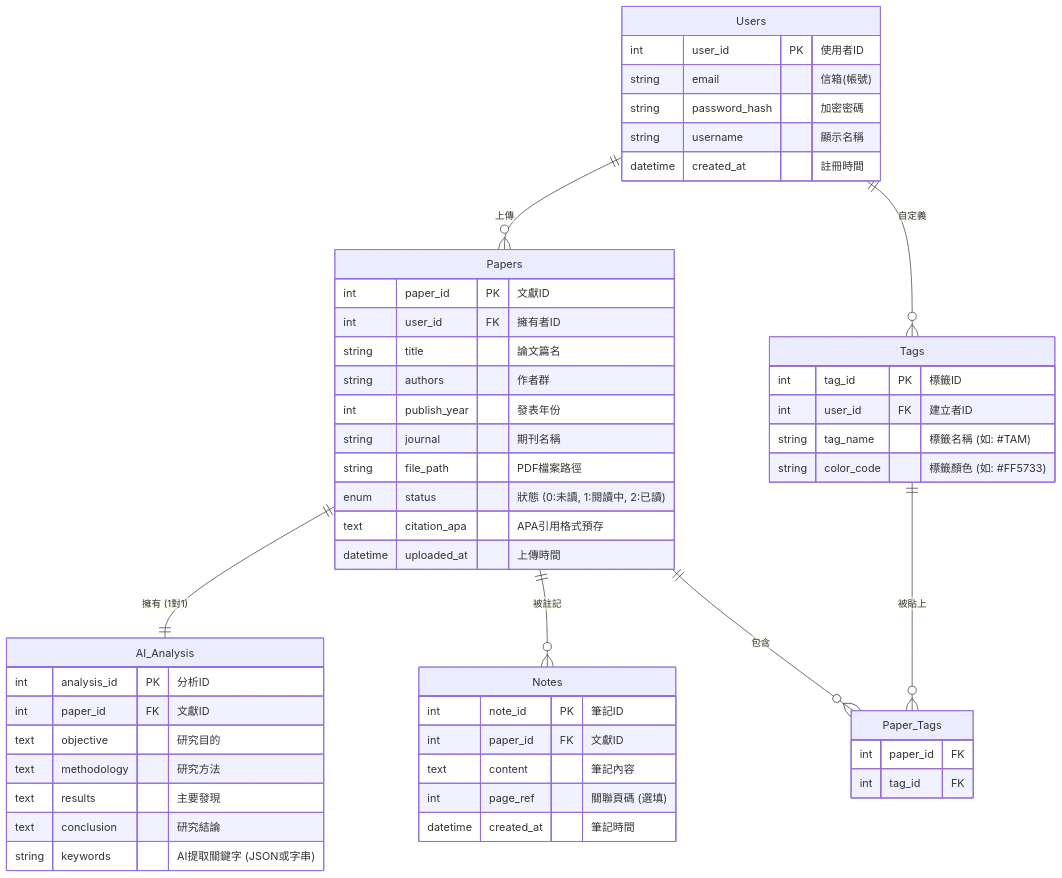
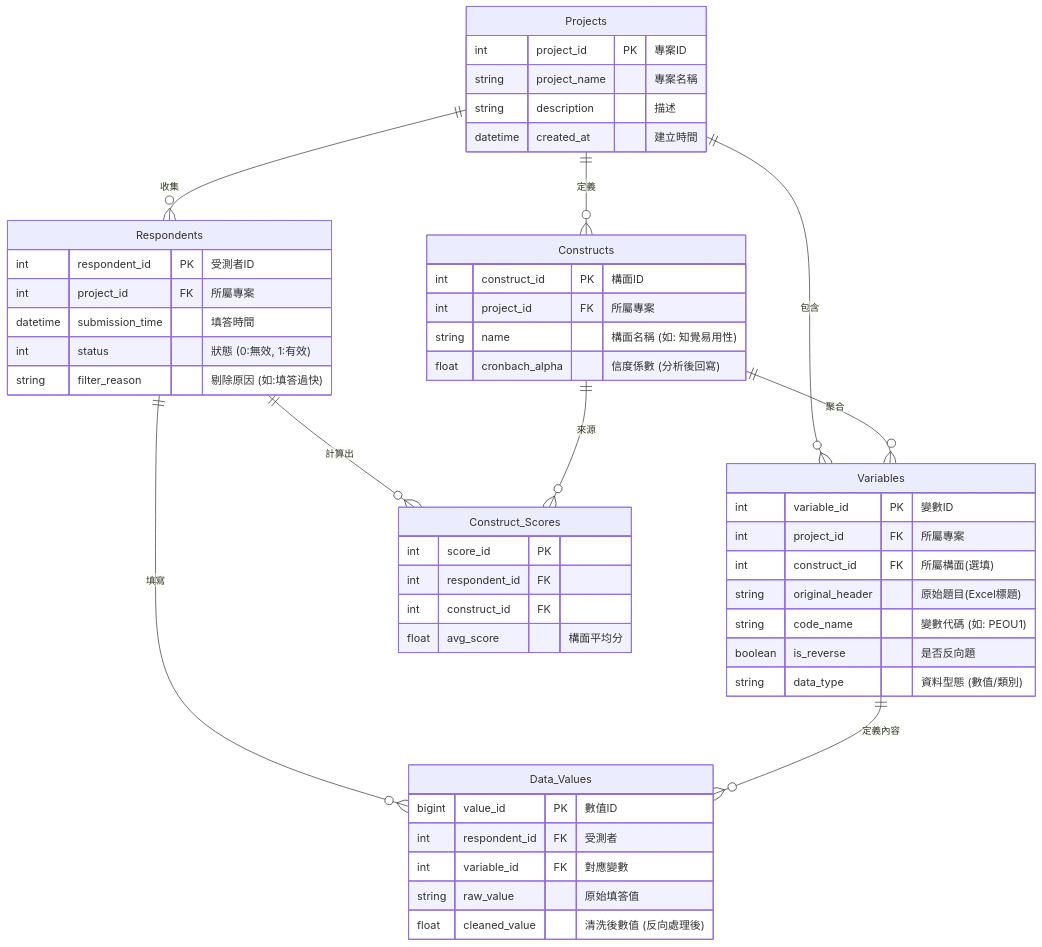
One commit to kai222592/114_Capstone-Project changed the diagram in hw7.md. Above: the diagram before and after it, drawn with Mermaid.

````diff
--- a/hw7.md
+++ b/hw7.md
@@ -3,70 +3,69 @@
 ```mermaid
 erDiagram
-    %% 使用者實體
-    Users {
-        int user_id PK "使用者ID"
-        string email "信箱(帳號)"
-        string password_hash "加密密碼"
-        string username "顯示名稱"
-        datetime created_at "註冊時間"
+    %% 專案管理
+    Projects {
+        int project_id PK "專案ID"
+        string project_name "專案名稱"
+        string description "描述"
+        datetime created_at "建立時間"
     }
 
-    %% 文獻實體 (核心表)
-    Papers {
-        int paper_id PK "文獻ID"
-        int user_id FK "擁有者ID"
-        string title "論文篇名"
-        string authors "作者群"
-        int publish_year "發表年份"
-        string journal "期刊名稱"
-        string file_path "PDF檔案路徑"
-        enum status "狀態 (0:未讀, 1:閱讀中, 2:已讀)"
-        text citation_apa "APA引用格式預存"
-        datetime uploaded_at "上傳時間"
+    %% 變數定義 (對應 Excel 的 Header)
+    Variables {
+        int variable_id PK "變數ID"
+        int project_id FK "所屬專案"
+        int construct_id FK "所屬構面(選填)"
+        string original_header "原始題目(Excel標題)"
+        string code_name "變數代碼 (如: PEOU1)"
+        boolean is_reverse "是否反向題"
+        string data_type "資料型態 (數值/類別)"
     }
 
-    %% AI 分析結果 (將摘要結構化儲存)
-    AI_Analysis {
-        int analysis_id PK "分析ID"
-        int paper_id FK "文獻ID"
-        text objective "研究目的"
-        text methodology "研究方法"
-        text results "主要發現"
-        text conclusion "研究結論"
-        string keywords "AI提取關鍵字 (JSON或字串)"
+    %% 構面定義 (用於信度分析與平均計算)
+    Constructs {
+        int construct_id PK "構面ID"
+        int project_id FK "所屬專案"
+        string name "構面名稱 (如: 知覺易用性)"
+        float cronbach_alpha "信度係數 (分析後回寫)"
     }
 
-    %% 標籤系統 (多對多關係)
-    Tags {
-        int tag_id PK "標籤ID"
-        int user_id FK "建立者ID"
-        string tag_name "標籤名稱 (如: #TAM)"
-        string color_code "標籤顏色 (如: #FF5733)"
+    %% 受測者 (代表 Excel 中的每一列 Row)
+    Respondents {
+        int respondent_id PK "受測者ID"
+        int project_id FK "所屬專案"
+        datetime submission_time "填答時間"
+        int status "狀態 (0:無效, 1:有效)"
+        string filter_reason "剔除原因 (如:填答過快)"
     }
 
-    %% 文獻與標籤的中介表
-    Paper_Tags {
-        int paper_id FK
-        int tag_id FK
+    %% 數據節點 (儲存每一個 Cell 的值)
+    Data_Values {
+        bigint value_id PK "數值ID"
+        int respondent_id FK "受測者"
+        int variable_id FK "對應變數"
+        string raw_value "原始填答值"
+        float cleaned_value "清洗後數值 (反向處理後)"
     }
 
-    %% 使用者筆記 (獨立表以支援多條筆記)
-    Notes {
-        int note_id PK "筆記ID"
-        int paper_id FK "文獻ID"
-        text content "筆記內容"
-        int page_ref "關聯頁碼 (選填)"
-        datetime created_at "筆記時間"
+    %% 構面分數快取 (加速報表顯示)
+    Construct_Scores {
+        int score_id PK
+        int respondent_id FK
+        int construct_id FK
+        float avg_score "構面平均分"
     }
 
     %% 關係定義
-    Users ||--o{ Papers : "上傳"
-    Users ||--o{ Tags : "自定義"
+    Projects ||--o{ Variables : "包含"
+    Projects ||--o{ Constructs : "定義"
+    Projects ||--o{ Respondents : "收集"
     
-    Papers ||--|| AI_Analysis : "擁有 (1對1)"
-    Papers ||--o{ Notes : "被註記"
-    Papers ||--o{ Paper_Tags : "包含"
+    Constructs ||--o{ Variables : "聚合"
     
-    Tags ||--o{ Paper_Tags : "被貼上"
+    Respondents ||--o{ Data_Values : "填寫"
+    Respondents ||--o{ Construct_Scores : "計算出"
+
+    Variables ||--o{ Data_Values : "定義內容"
+    Constructs ||--o{ Construct_Scores : "來源"
    
 ```
````
